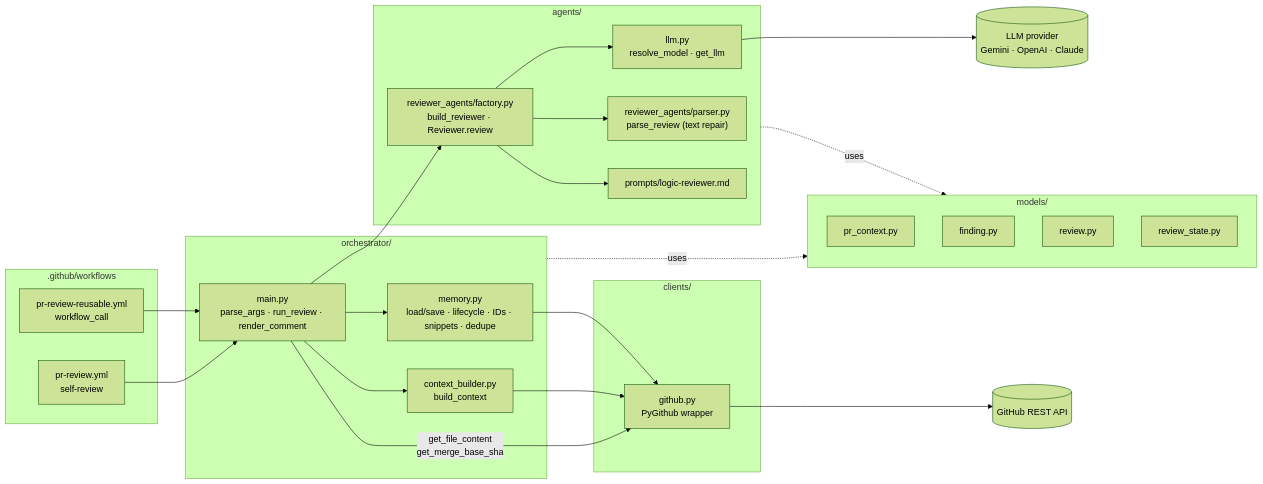
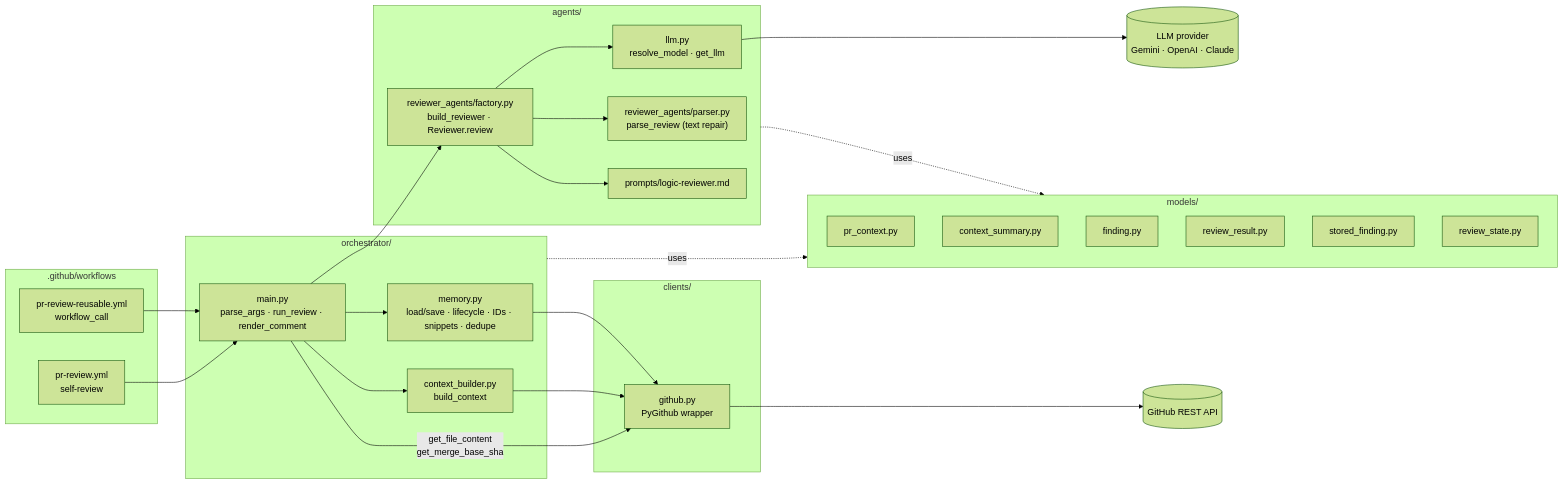
The third of 17 diagrams in docs/agentic-pr-review-system-design.v1.md (bryanChatsirichai/github_agentic_pr_reviewer), drawn with Mermaid (forest theme) before and after one commit. The commit also changed other lines of this file and 17 other files, not shown here.

````diff
--- a/docs/agentic-pr-review-system-design.v1.md
+++ b/docs/agentic-pr-review-system-design.v1.md
@@ -145,50 +145,52 @@
 ```mermaid
 flowchart LR
     subgraph wf [".github/workflows"]
         W1["pr-review.yml<br/>self-review"]
         W2["pr-review-reusable.yml<br/>workflow_call"]
     end
 
     subgraph orch ["orchestrator/"]
         MAIN["main.py<br/>parse_args · run_review · render_comment"]
         CB["context_builder.py<br/>build_context"]
         MM["memory.py<br/>load/save · lifecycle · IDs · snippets · dedupe"]
     end
 
     subgraph ag ["agents/"]
         LLM["llm.py<br/>resolve_model · get_llm"]
         FAC["reviewer_agents/factory.py<br/>build_reviewer · Reviewer.review"]
         PAR["reviewer_agents/parser.py<br/>parse_review (text repair)"]
         PRM["prompts/logic-reviewer.md"]
     end
 
     subgraph cl ["clients/"]
         GHC["github.py<br/>PyGithub wrapper"]
     end
 
     subgraph md ["models/"]
         M1[pr_context.py]
-        M2[finding.py]
-        M3[review.py]
-        M4[review_state.py]
+        M2[context_summary.py]
+        M3[finding.py]
+        M4[review_result.py]
+        M5[stored_finding.py]
+        M6[review_state.py]
     end
 
     GHAPI[(GitHub REST API)]
     PROV[("LLM provider<br/>Gemini · OpenAI · Claude")]
 
     W1 --> MAIN
     W2 --> MAIN
     MAIN --> CB
     MAIN --> MM
     MAIN --> FAC
     MAIN -->|get_file_content<br/>get_merge_base_sha| GHC
     CB --> GHC
     MM --> GHC
     FAC --> PRM
     FAC --> PAR
     FAC --> LLM
     LLM --> PROV
     GHC --> GHAPI
     orch -.uses.-> md
     ag -.uses.-> md
 ```
````
